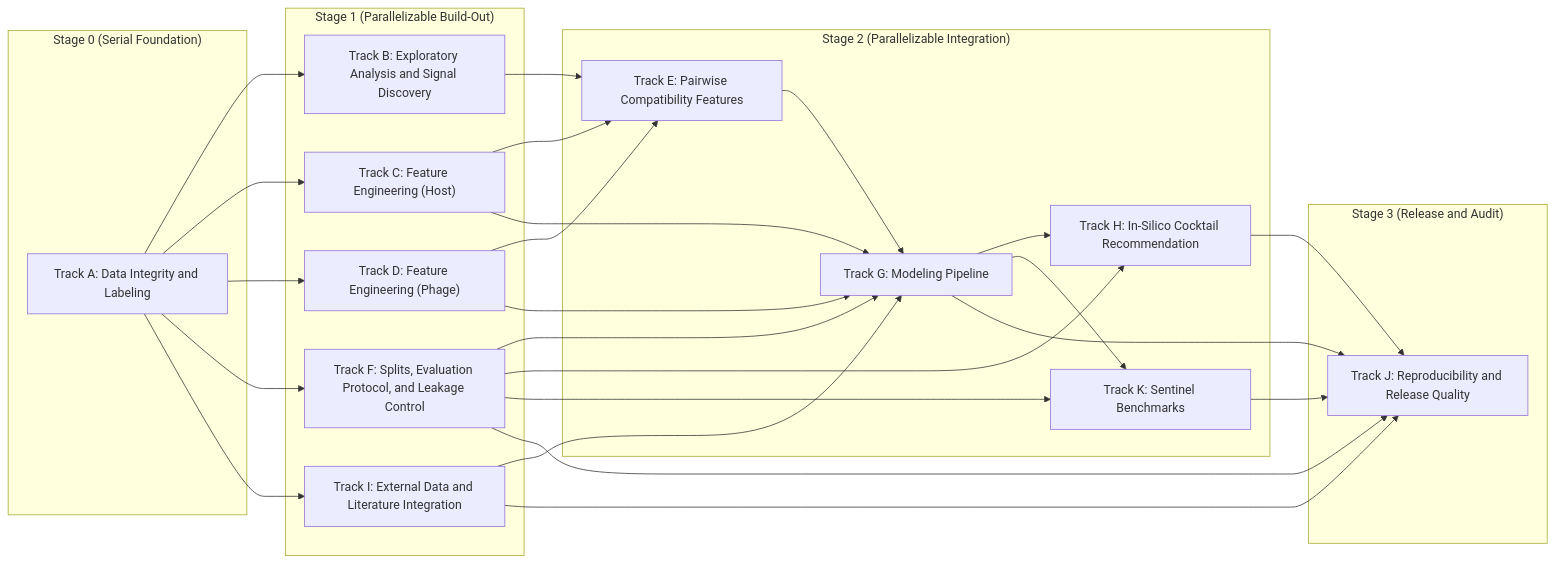
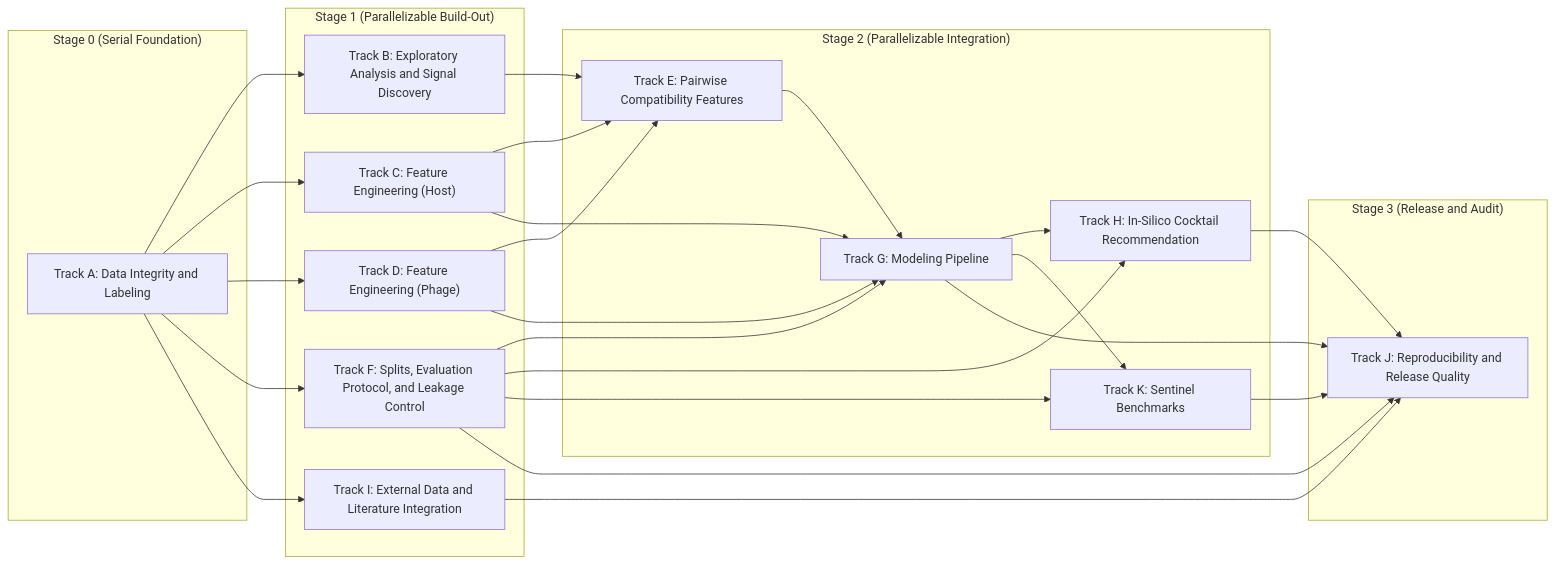
Before and after one commit to LorenaDerezanin/coli_phage_interactions_2023: the diagram in lyzortx/research_notes/PLAN.md, drawn with Mermaid. The commit also changed other lines of this file, not shown here.

````diff
--- a/lyzortx/research_notes/PLAN.md
+++ b/lyzortx/research_notes/PLAN.md
@@ -23,53 +26,52 @@
 ```mermaid
 graph LR
   subgraph s0["Stage 0 (Serial Foundation)"]
     ta["Track A: Data Integrity and Labeling"]
   end
 
   subgraph s1["Stage 1 (Parallelizable Build-Out)"]
     tb["Track B: Exploratory Analysis and Signal Discovery"]
     tc["Track C: Feature Engineering (Host)"]
     td["Track D: Feature Engineering (Phage)"]
     tf["Track F: Splits, Evaluation Protocol, and Leakage Control"]
     ti["Track I: External Data and Literature Integration"]
   end
 
   subgraph s2["Stage 2 (Parallelizable Integration)"]
     te["Track E: Pairwise Compatibility Features"]
     tg["Track G: Modeling Pipeline"]
     th["Track H: In-Silico Cocktail Recommendation"]
     tk["Track K: Sentinel Benchmarks"]
   end
 
   subgraph s3["Stage 3 (Release and Audit)"]
     tj["Track J: Reproducibility and Release Quality"]
   end
 
   ta --> tb
   ta --> tc
   ta --> td
   ta --> tf
   ta --> ti
 
   tb --> te
   tc --> te
   td --> te
 
   tc --> tg
   td --> tg
   te --> tg
   tf --> tg
-  ti --> tg
 
   tf --> th
   tg --> th
 
   tf --> tk
   tg --> tk
 
   th --> tj
   tk --> tj
   tg --> tj
   tf --> tj
   ti --> tj
 ```
````
